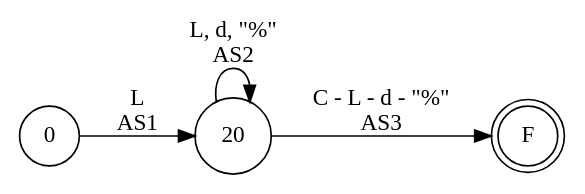
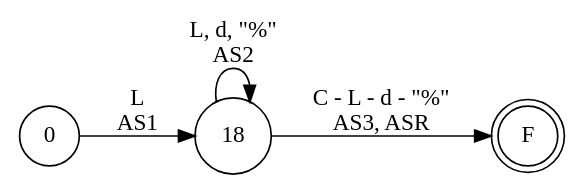
Before and after one commit to iroumec/RouVel-Compiler: the diagram in resources/FA/FADiagrams/identifier.dot, drawn with Graphviz. The commit also changed 32 other files, not shown here.

```diff
--- a/resources/FA/FADiagrams/identifier.dot
+++ b/resources/FA/FADiagrams/identifier.dot
@@ -1,9 +1,9 @@
 digraph DFA {
     rankdir = LR;
     node [shape = circle;];
     F [shape = doublecircle;];
     
-    0 -> 20 [label = "L \n AS1";];
-    20 -> 20 [label = "L, d, \"%\"\nAS2";];
-    20 -> F [label = "C - L - d - \"%\"\nAS3";];
+    0 -> 18 [label = "L \n AS1";];
+    18 -> 18 [label = "L, d, \"%\"\nAS2";];
+    18 -> F [label = "C - L - d - \"%\"\nAS3, ASR";];
 }
```
